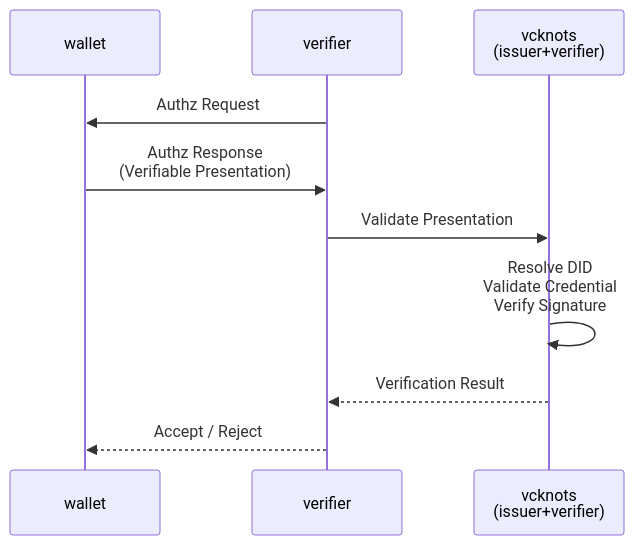
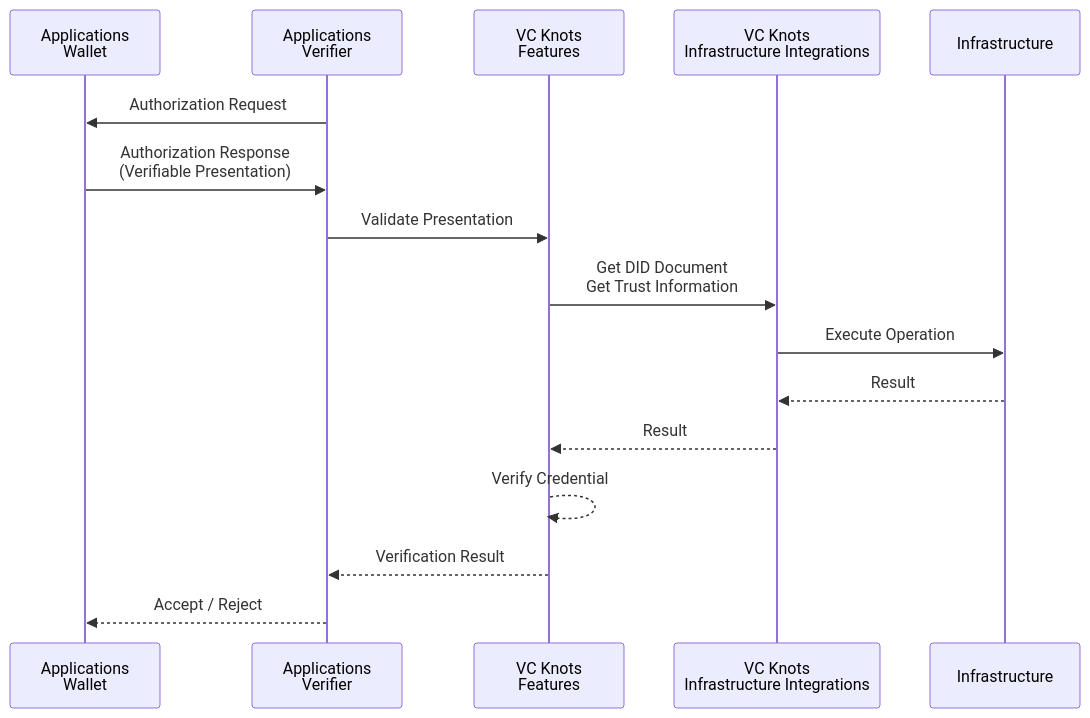
Before and after one commit to trustknots/vcknots: the second of 2 diagrams in docs/en/architecture-overview.md, drawn with Mermaid. The commit also changed other lines of this file and 5 other files, not shown here.

Commit message:
docs(architecture-overview): fix review comments

````diff
--- a/docs/en/architecture-overview.md
+++ b/docs/en/architecture-overview.md
@@ -180,19 +127,21 @@
 ```mermaid
 sequenceDiagram
 
-    participant wallet
-    participant verifier
-    participant vcknots as vcknots<br/>(issuer+verifier)
+    participant wallet as Applications<br/>Wallet
+    participant verifier as Applications<br/>Verifier
+    participant vcknots as VC Knots<br/>Features
+    participant infraint as VC Knots<br/>Infrastructure Integrations
+    participant infra as Infrastructure
 
-    verifier->>wallet: Authz Request
-
-    wallet->>verifier: Authz Response<br/>(Verifiable Presentation)
+    verifier->>wallet: Authorization Request
+    wallet->>verifier: Authorization Response<br/>(Verifiable Presentation)
 
     verifier->>vcknots: Validate Presentation
-
-    vcknots->>vcknots: Resolve DID<br/>Validate Credential<br/>Verify Signature
-
+    vcknots->>infraint: Get DID Document<br/>Get Trust Information
+    infraint->>infra: Execute Operation
+    infra-->>infraint: Result
+    infraint-->>vcknots: Result
+    vcknots-->>vcknots: Verify Credential
     vcknots-->>verifier: Verification Result
-
     verifier-->>wallet: Accept / Reject
 ```
````
